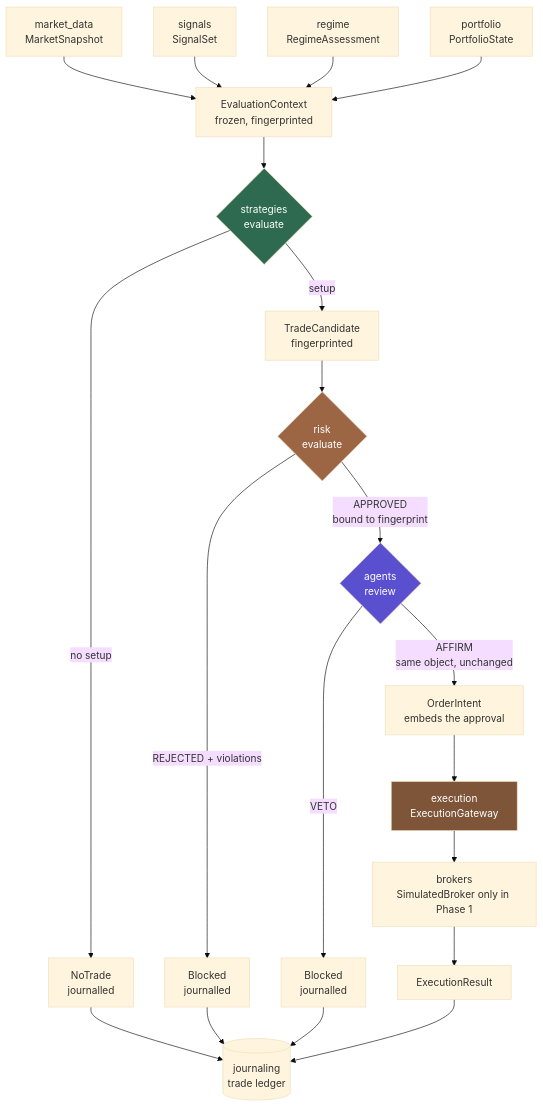
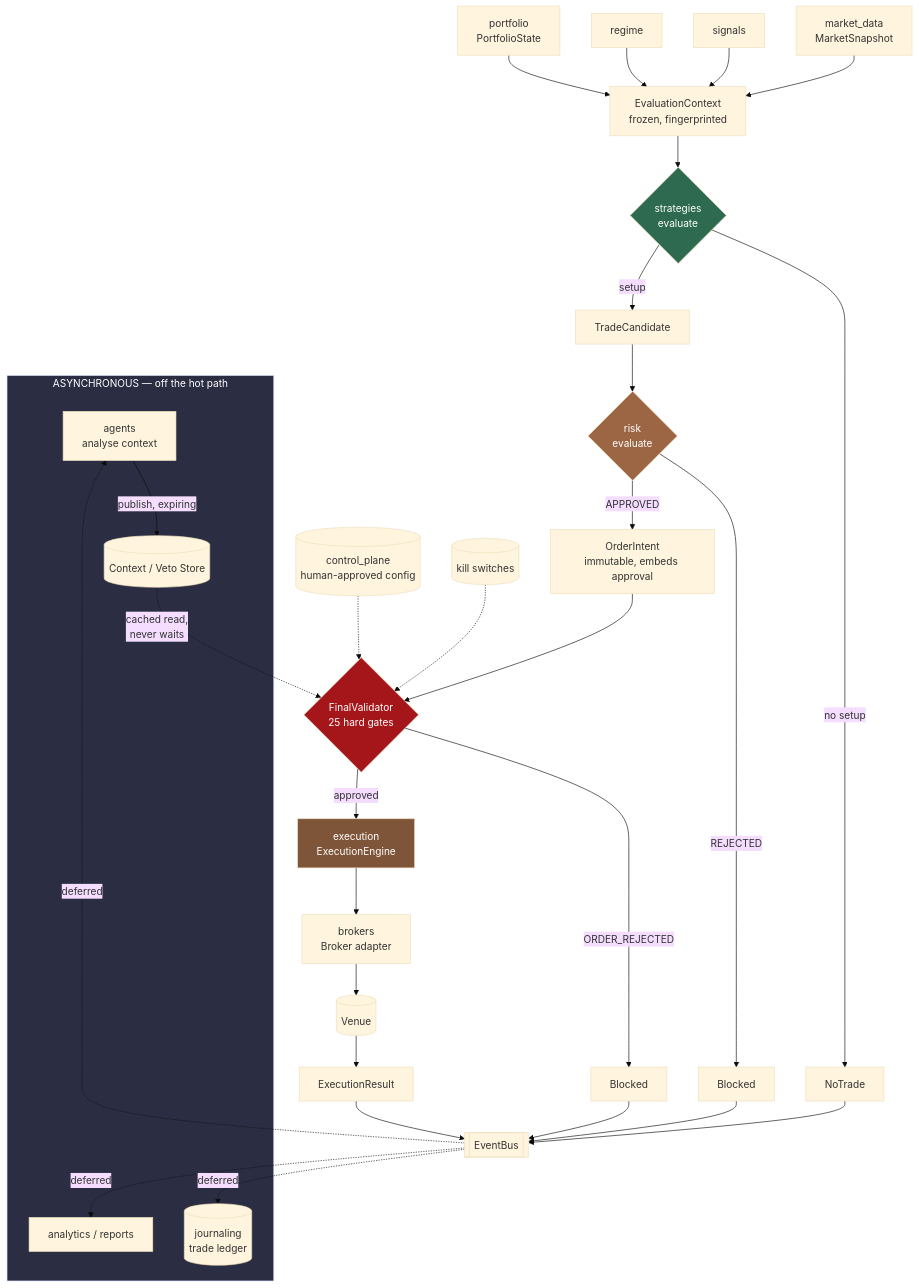
One commit to thill2113/MSChallenge changed the diagram in docs/ARCHITECTURE.md. Above: the diagram before and after it, drawn with Mermaid (base theme). The commit also changed other lines of this file and 47 other files, not shown here.

````diff
--- a/docs/ARCHITECTURE.md
+++ b/docs/ARCHITECTURE.md
@@ -34,35 +36,51 @@
 ```mermaid
 flowchart TD
+    subgraph ASYNC["ASYNCHRONOUS — off the hot path"]
+        AG[agents<br/>analyse context] -->|publish, expiring| CS[(Context / Veto Store)]
+        JR[(journaling<br/>trade ledger)]
+        AN[analytics / reports]
+    end
+
     MD[market_data<br/>MarketSnapshot] --> CTX
-    SIG[signals<br/>SignalSet] --> CTX
-    REG[regime<br/>RegimeAssessment] --> CTX
+    SIG[signals] --> CTX
+    REG[regime] --> CTX
     PF[portfolio<br/>PortfolioState] --> CTX
 
     CTX[EvaluationContext<br/>frozen, fingerprinted] --> STRAT
 
     STRAT{strategies<br/>evaluate}
-    STRAT -->|no setup| NT[NoTrade<br/>journalled]
-    STRAT -->|setup| TC[TradeCandidate<br/>fingerprinted]
+    STRAT -->|no setup| NT[NoTrade]
+    STRAT -->|setup| TC[TradeCandidate]
 
     TC --> RISK{risk<br/>evaluate}
-    RISK -->|REJECTED + violations| STOP1[Blocked<br/>journalled]
-    RISK -->|APPROVED<br/>bound to fingerprint| AGENT
+    RISK -->|REJECTED| STOP1[Blocked]
+    RISK -->|APPROVED| OI
 
-    AGENT{agents<br/>review}
-    AGENT -->|VETO| STOP2[Blocked<br/>journalled]
-    AGENT -->|AFFIRM<br/>same object, unchanged| OI
+    OI[OrderIntent<br/>immutable, embeds approval] --> FV
 
-    OI[OrderIntent<br/>embeds the approval] --> GW
-    GW[execution<br/>ExecutionGateway] --> BR[brokers<br/>SimulatedBroker only in Phase 1]
-    BR --> ER[ExecutionResult]
+    FV{FinalValidator<br/>25 hard gates}
+    CS -.->|cached read,<br/>never waits| FV
+    CP[(control_plane<br/>human-approved config)] -.-> FV
+    KS[(kill switches)] -.-> FV
 
-    NT --> JR[(journaling<br/>trade ledger)]
-    STOP1 --> JR
-    STOP2 --> JR
-    ER --> JR
+    FV -->|ORDER_REJECTED| STOP2[Blocked]
+    FV -->|approved| EE
+
+    EE[execution<br/>ExecutionEngine] --> BR
+    BR[brokers<br/>Broker adapter] --> VENUE[(Venue)]
+    VENUE --> ER[ExecutionResult]
+
+    NT --> EV
+    STOP1 --> EV
+    STOP2 --> EV
+    ER --> EV
+    EV[[EventBus]] -.->|deferred| JR
+    EV -.->|deferred| AN
+    EV -.->|deferred| AG
 
     style STRAT fill:#2d6a4f,color:#fff
     style RISK fill:#9c6644,color:#fff
-    style AGENT fill:#5a4fcf,color:#fff
-    style GW fill:#7f5539,color:#fff
+    style FV fill:#a4161a,color:#fff
+    style EE fill:#7f5539,color:#fff
+    style ASYNC fill:#2b2d42,color:#fff
 ```
````
